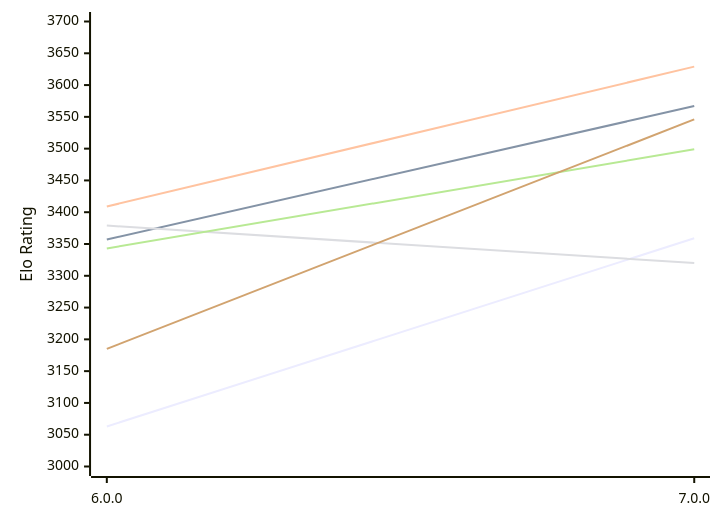
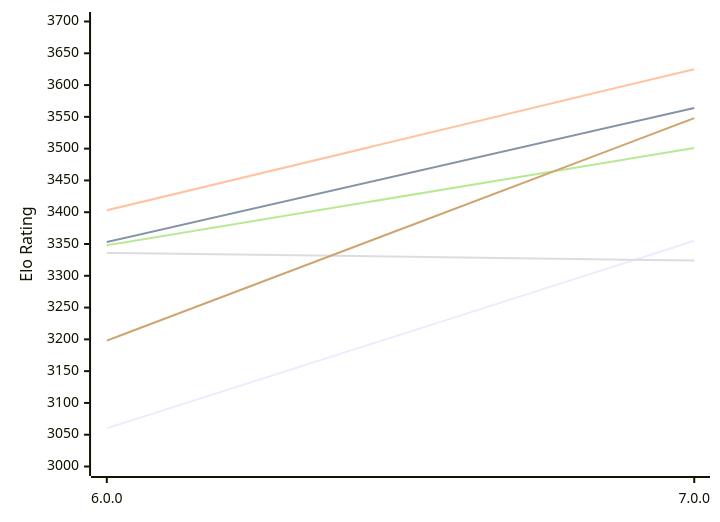
The first of 2 diagrams in engines/Minke.md (computer-chess-index/cci), drawn with Mermaid before and after one commit. The commit also changed other lines of this file, not shown here.

Commit message:
Update CCI Ratings (ELO VLTC) - 2026-11-21

````diff
--- a/engines/Minke.md
+++ b/engines/Minke.md
@@ -53,12 +53,12 @@
 ```mermaid
 %%{init: {"theme":"base","themeVariables":{"seriesColors:['#a3a3a3','#222221','#faa371']}}}%%
 xychart-beta
   x-axis ["6.0.0", "7.0.0"]
   y-axis "Elo Rating" 3000 --> 3700
-  line "E1: STC (8.0+0.08s)" [3063, 3359]
-  line "E1: LTC (60.0+0.60s)" [3357, 3567]
-  line "E1: VLTC (2m24s+1.12s)" [3409, 3629]
-  line "P1: STC (8.0+0.08s)" [3379, 3320]
-  line "P1: LTC (60.0+0.60s)" [3343, 3499]
-  line "P1: VLTC (2m24s+1.12s)" [3185, 3546]
+  line "E1: STC (8.0+0.08s)" [3060, 3355]
+  line "E1: LTC (60.0+0.60s)" [3353, 3564]
+  line "E1: VLTC (2m24s+1.12s)" [3403, 3625]
+  line "P1: STC (8.0+0.08s)" [3336, 3324]
+  line "P1: LTC (60.0+0.60s)" [3348, 3501]
+  line "P1: VLTC (2m24s+1.12s)" [3198, 3548]
 ```
````
